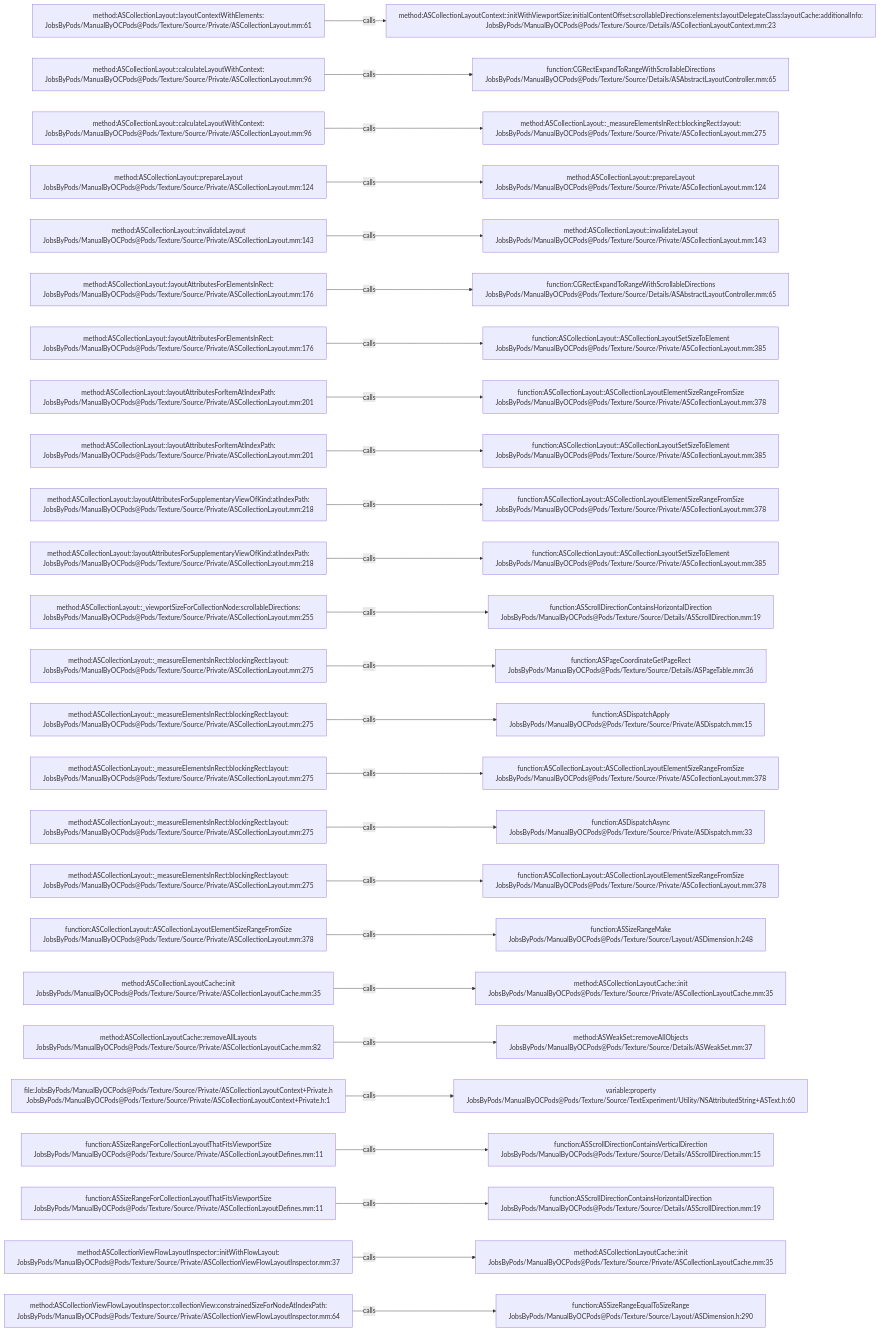
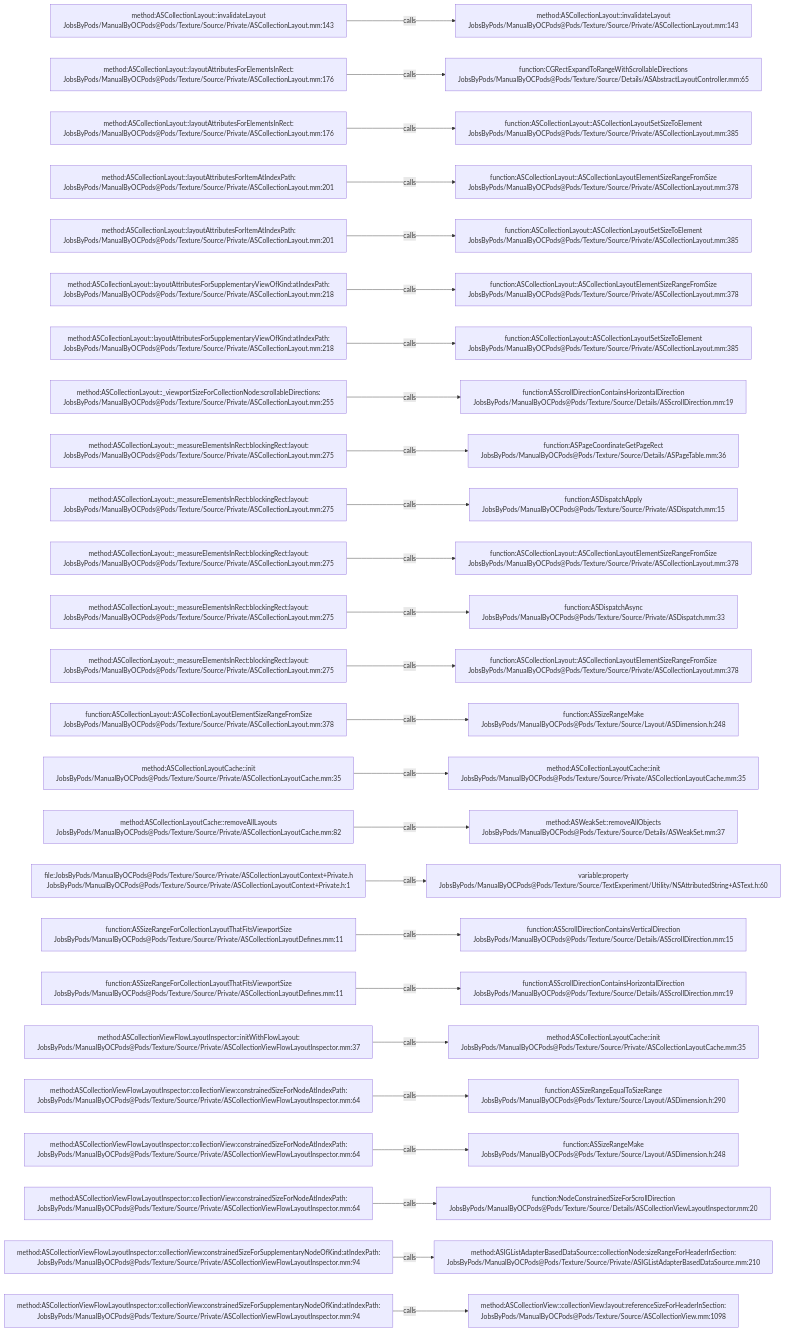
The diagram in .codegraph/codegraph.md/graphs/calls-183.md (JobsKits/JobsOCBaseConfigDemo), drawn with Mermaid before and after one commit. The commit also changed 727 other files, not shown here.

````diff
--- a/.codegraph/codegraph.md/graphs/calls-183.md
+++ b/.codegraph/codegraph.md/graphs/calls-183.md
@@ -13,78 +13,78 @@
 ```mermaid
 flowchart LR
-  S1["method:ASCollectionLayout::layoutContextWithElements:<br/>JobsByPods/ManualByOCPods@Pods/Texture/Source/Private/ASCollectionLayout.mm:61"]
-  T1["method:ASCollectionLayoutContext::initWithViewportSize:initialContentOffset:scrollableDirections:elements:layoutDelegateClass:layoutCache:additionalInfo:<br/>JobsByPods/ManualByOCPods@Pods/Texture/Source/Details/ASCollectionLayoutContext.mm:23"]
+  S1["method:ASCollectionLayout::invalidateLayout<br/>JobsByPods/ManualByOCPods@Pods/Texture/Source/Private/ASCollectionLayout.mm:143"]
+  T1["method:ASCollectionLayout::invalidateLayout<br/>JobsByPods/ManualByOCPods@Pods/Texture/Source/Private/ASCollectionLayout.mm:143"]
   S1 -->|calls| T1
-  S2["method:ASCollectionLayout::calculateLayoutWithContext:<br/>JobsByPods/ManualByOCPods@Pods/Texture/Source/Private/ASCollectionLayout.mm:96"]
+  S2["method:ASCollectionLayout::layoutAttributesForElementsInRect:<br/>JobsByPods/ManualByOCPods@Pods/Texture/Source/Private/ASCollectionLayout.mm:176"]
   T2["function:CGRectExpandToRangeWithScrollableDirections<br/>JobsByPods/ManualByOCPods@Pods/Texture/Source/Details/ASAbstractLayoutController.mm:65"]
   S2 -->|calls| T2
-  S3["method:ASCollectionLayout::calculateLayoutWithContext:<br/>JobsByPods/ManualByOCPods@Pods/Texture/Source/Private/ASCollectionLayout.mm:96"]
-  T3["method:ASCollectionLayout::_measureElementsInRect:blockingRect:layout:<br/>JobsByPods/ManualByOCPods@Pods/Texture/Source/Private/ASCollectionLayout.mm:275"]
+  S3["method:ASCollectionLayout::layoutAttributesForElementsInRect:<br/>JobsByPods/ManualByOCPods@Pods/Texture/Source/Private/ASCollectionLayout.mm:176"]
+  T3["function:ASCollectionLayout::ASCollectionLayoutSetSizeToElement<br/>JobsByPods/ManualByOCPods@Pods/Texture/Source/Private/ASCollectionLayout.mm:385"]
   S3 -->|calls| T3
-  S4["method:ASCollectionLayout::prepareLayout<br/>JobsByPods/ManualByOCPods@Pods/Texture/Source/Private/ASCollectionLayout.mm:124"]
-  T4["method:ASCollectionLayout::prepareLayout<br/>JobsByPods/ManualByOCPods@Pods/Texture/Source/Private/ASCollectionLayout.mm:124"]
+  S4["method:ASCollectionLayout::layoutAttributesForItemAtIndexPath:<br/>JobsByPods/ManualByOCPods@Pods/Texture/Source/Private/ASCollectionLayout.mm:201"]
+  T4["function:ASCollectionLayout::ASCollectionLayoutElementSizeRangeFromSize<br/>JobsByPods/ManualByOCPods@Pods/Texture/Source/Private/ASCollectionLayout.mm:378"]
   S4 -->|calls| T4
-  S5["method:ASCollectionLayout::invalidateLayout<br/>JobsByPods/ManualByOCPods@Pods/Texture/Source/Private/ASCollectionLayout.mm:143"]
-  T5["method:ASCollectionLayout::invalidateLayout<br/>JobsByPods/ManualByOCPods@Pods/Texture/Source/Private/ASCollectionLayout.mm:143"]
+  S5["method:ASCollectionLayout::layoutAttributesForItemAtIndexPath:<br/>JobsByPods/ManualByOCPods@Pods/Texture/Source/Private/ASCollectionLayout.mm:201"]
+  T5["function:ASCollectionLayout::ASCollectionLayoutSetSizeToElement<br/>JobsByPods/ManualByOCPods@Pods/Texture/Source/Private/ASCollectionLayout.mm:385"]
   S5 -->|calls| T5
-  S6["method:ASCollectionLayout::layoutAttributesForElementsInRect:<br/>JobsByPods/ManualByOCPods@Pods/Texture/Source/Private/ASCollectionLayout.mm:176"]
-  T6["function:CGRectExpandToRangeWithScrollableDirections<br/>JobsByPods/ManualByOCPods@Pods/Texture/Source/Details/ASAbstractLayoutController.mm:65"]
+  S6["method:ASCollectionLayout::layoutAttributesForSupplementaryViewOfKind:atIndexPath:<br/>JobsByPods/ManualByOCPods@Pods/Texture/Source/Private/ASCollectionLayout.mm:218"]
+  T6["function:ASCollectionLayout::ASCollectionLayoutElementSizeRangeFromSize<br/>JobsByPods/ManualByOCPods@Pods/Texture/Source/Private/ASCollectionLayout.mm:378"]
   S6 -->|calls| T6
-  S7["method:ASCollectionLayout::layoutAttributesForElementsInRect:<br/>JobsByPods/ManualByOCPods@Pods/Texture/Source/Private/ASCollectionLayout.mm:176"]
+  S7["method:ASCollectionLayout::layoutAttributesForSupplementaryViewOfKind:atIndexPath:<br/>JobsByPods/ManualByOCPods@Pods/Texture/Source/Private/ASCollectionLayout.mm:218"]
   T7["function:ASCollectionLayout::ASCollectionLayoutSetSizeToElement<br/>JobsByPods/ManualByOCPods@Pods/Texture/Source/Private/ASCollectionLayout.mm:385"]
   S7 -->|calls| T7
-  S8["method:ASCollectionLayout::layoutAttributesForItemAtIndexPath:<br/>JobsByPods/ManualByOCPods@Pods/Texture/Source/Private/ASCollectionLayout.mm:201"]
-  T8["function:ASCollectionLayout::ASCollectionLayoutElementSizeRangeFromSize<br/>JobsByPods/ManualByOCPods@Pods/Texture/Source/Private/ASCollectionLayout.mm:378"]
+  S8["method:ASCollectionLayout::_viewportSizeForCollectionNode:scrollableDirections:<br/>JobsByPods/ManualByOCPods@Pods/Texture/Source/Private/ASCollectionLayout.mm:255"]
+  T8["function:ASScrollDirectionContainsHorizontalDirection<br/>JobsByPods/ManualByOCPods@Pods/Texture/Source/Details/ASScrollDirection.mm:19"]
   S8 -->|calls| T8
-  S9["method:ASCollectionLayout::layoutAttributesForItemAtIndexPath:<br/>JobsByPods/ManualByOCPods@Pods/Texture/Source/Private/ASCollectionLayout.mm:201"]
-  T9["function:ASCollectionLayout::ASCollectionLayoutSetSizeToElement<br/>JobsByPods/ManualByOCPods@Pods/Texture/Source/Private/ASCollectionLayout.mm:385"]
+  S9["method:ASCollectionLayout::_measureElementsInRect:blockingRect:layout:<br/>JobsByPods/ManualByOCPods@Pods/Texture/Source/Private/ASCollectionLayout.mm:275"]
+  T9["function:ASPageCoordinateGetPageRect<br/>JobsByPods/ManualByOCPods@Pods/Texture/Source/Details/ASPageTable.mm:36"]
   S9 -->|calls| T9
-  S10["method:ASCollectionLayout::layoutAttributesForSupplementaryViewOfKind:atIndexPath:<br/>JobsByPods/ManualByOCPods@Pods/Texture/Source/Private/ASCollectionLayout.mm:218"]
-  T10["function:ASCollectionLayout::ASCollectionLayoutElementSizeRangeFromSize<br/>JobsByPods/ManualByOCPods@Pods/Texture/Source/Private/ASCollectionLayout.mm:378"]
+  S10["method:ASCollectionLayout::_measureElementsInRect:blockingRect:layout:<br/>JobsByPods/ManualByOCPods@Pods/Texture/Source/Private/ASCollectionLayout.mm:275"]
+  T10["function:ASDispatchApply<br/>JobsByPods/ManualByOCPods@Pods/Texture/Source/Private/ASDispatch.mm:15"]
   S10 -->|calls| T10
-  S11["method:ASCollectionLayout::layoutAttributesForSupplementaryViewOfKind:atIndexPath:<br/>JobsByPods/ManualByOCPods@Pods/Texture/Source/Private/ASCollectionLayout.mm:218"]
-  T11["function:ASCollectionLayout::ASCollectionLayoutSetSizeToElement<br/>JobsByPods/ManualByOCPods@Pods/Texture/Source/Private/ASCollectionLayout.mm:385"]
+  S11["method:ASCollectionLayout::_measureElementsInRect:blockingRect:layout:<br/>JobsByPods/ManualByOCPods@Pods/Texture/Source/Private/ASCollectionLayout.mm:275"]
+  T11["function:ASCollectionLayout::ASCollectionLayoutElementSizeRangeFromSize<br/>JobsByPods/ManualByOCPods@Pods/Texture/Source/Private/ASCollectionLayout.mm:378"]
   S11 -->|calls| T11
-  S12["method:ASCollectionLayout::_viewportSizeForCollectionNode:scrollableDirections:<br/>JobsByPods/ManualByOCPods@Pods/Texture/Source/Private/ASCollectionLayout.mm:255"]
-  T12["function:ASScrollDirectionContainsHorizontalDirection<br/>JobsByPods/ManualByOCPods@Pods/Texture/Source/Details/ASScrollDirection.mm:19"]
+  S12["method:ASCollectionLayout::_measureElementsInRect:blockingRect:layout:<br/>JobsByPods/ManualByOCPods@Pods/Texture/Source/Private/ASCollectionLayout.mm:275"]
+  T12["function:ASDispatchAsync<br/>JobsByPods/ManualByOCPods@Pods/Texture/Source/Private/ASDispatch.mm:33"]
   S12 -->|calls| T12
   S13["method:ASCollectionLayout::_measureElementsInRect:blockingRect:layout:<br/>JobsByPods/ManualByOCPods@Pods/Texture/Source/Private/ASCollectionLayout.mm:275"]
-  T13["function:ASPageCoordinateGetPageRect<br/>JobsByPods/ManualByOCPods@Pods/Texture/Source/Details/ASPageTable.mm:36"]
+  T13["function:ASCollectionLayout::ASCollectionLayoutElementSizeRangeFromSize<br/>JobsByPods/ManualByOCPods@Pods/Texture/Source/Private/ASCollectionLayout.mm:378"]
   S13 -->|calls| T13
-  S14["method:ASCollectionLayout::_measureElementsInRect:blockingRect:layout:<br/>JobsByPods/ManualByOCPods@Pods/Texture/Source/Private/ASCollectionLayout.mm:275"]
-  T14["function:ASDispatchApply<br/>JobsByPods/ManualByOCPods@Pods/Texture/Source/Private/ASDispatch.mm:15"]
+  S14["function:ASCollectionLayout::ASCollectionLayoutElementSizeRangeFromSize<br/>JobsByPods/ManualByOCPods@Pods/Texture/Source/Private/ASCollectionLayout.mm:378"]
+  T14["function:ASSizeRangeMake<br/>JobsByPods/ManualByOCPods@Pods/Texture/Source/Layout/ASDimension.h:248"]
   S14 -->|calls| T14
-  S15["method:ASCollectionLayout::_measureElementsInRect:blockingRect:layout:<br/>JobsByPods/ManualByOCPods@Pods/Texture/Source/Private/ASCollectionLayout.mm:275"]
-  T15["function:ASCollectionLayout::ASCollectionLayoutElementSizeRangeFromSize<br/>JobsByPods/ManualByOCPods@Pods/Texture/Source/Private/ASCollectionLayout.mm:378"]
+  S15["method:ASCollectionLayoutCache::init<br/>JobsByPods/ManualByOCPods@Pods/Texture/Source/Private/ASCollectionLayoutCache.mm:35"]
+  T15["method:ASCollectionLayoutCache::init<br/>JobsByPods/ManualByOCPods@Pods/Texture/Source/Private/ASCollectionLayoutCache.mm:35"]
   S15 -->|calls| T15
-  S16["method:ASCollectionLayout::_measureElementsInRect:blockingRect:layout:<br/>JobsByPods/ManualByOCPods@Pods/Texture/Source/Private/ASCollectionLayout.mm:275"]
-  T16["function:ASDispatchAsync<br/>JobsByPods/ManualByOCPods@Pods/Texture/Source/Private/ASDispatch.mm:33"]
+  S16["method:ASCollectionLayoutCache::removeAllLayouts<br/>JobsByPods/ManualByOCPods@Pods/Texture/Source/Private/ASCollectionLayoutCache.mm:82"]
+  T16["method:ASWeakSet::removeAllObjects<br/>JobsByPods/ManualByOCPods@Pods/Texture/Source/Details/ASWeakSet.mm:37"]
   S16 -->|calls| T16
-  S17["method:ASCollectionLayout::_measureElementsInRect:blockingRect:layout:<br/>JobsByPods/ManualByOCPods@Pods/Texture/Source/Private/ASCollectionLayout.mm:275"]
-  T17["function:ASCollectionLayout::ASCollectionLayoutElementSizeRangeFromSize<br/>JobsByPods/ManualByOCPods@Pods/Texture/Source/Private/ASCollectionLayout.mm:378"]
+  S17["file:JobsByPods/ManualByOCPods@Pods/Texture/Source/Private/ASCollectionLayoutContext+Private.h<br/>JobsByPods/ManualByOCPods@Pods/Texture/Source/Private/ASCollectionLayoutContext+Private.h:1"]
+  T17["variable:property<br/>JobsByPods/ManualByOCPods@Pods/Texture/Source/TextExperiment/Utility/NSAttributedString+ASText.h:60"]
   S17 -->|calls| T17
-  S18["function:ASCollectionLayout::ASCollectionLayoutElementSizeRangeFromSize<br/>JobsByPods/ManualByOCPods@Pods/Texture/Source/Private/ASCollectionLayout.mm:378"]
-  T18["function:ASSizeRangeMake<br/>JobsByPods/ManualByOCPods@Pods/Texture/Source/Layout/ASDimension.h:248"]
+  S18["function:ASSizeRangeForCollectionLayoutThatFitsViewportSize<br/>JobsByPods/ManualByOCPods@Pods/Texture/Source/Private/ASCollectionLayoutDefines.mm:11"]
+  T18["function:ASScrollDirectionContainsVerticalDirection<br/>JobsByPods/ManualByOCPods@Pods/Texture/Source/Details/ASScrollDirection.mm:15"]
   S18 -->|calls| T18
-  S19["method:ASCollectionLayoutCache::init<br/>JobsByPods/ManualByOCPods@Pods/Texture/Source/Private/ASCollectionLayoutCache.mm:35"]
-  T19["method:ASCollectionLayoutCache::init<br/>JobsByPods/ManualByOCPods@Pods/Texture/Source/Private/ASCollectionLayoutCache.mm:35"]
+  S19["function:ASSizeRangeForCollectionLayoutThatFitsViewportSize<br/>JobsByPods/ManualByOCPods@Pods/Texture/Source/Private/ASCollectionLayoutDefines.mm:11"]
+  T19["function:ASScrollDirectionContainsHorizontalDirection<br/>JobsByPods/ManualByOCPods@Pods/Texture/Source/Details/ASScrollDirection.mm:19"]
   S19 -->|calls| T19
-  S20["method:ASCollectionLayoutCache::removeAllLayouts<br/>JobsByPods/ManualByOCPods@Pods/Texture/Source/Private/ASCollectionLayoutCache.mm:82"]
-  T20["method:ASWeakSet::removeAllObjects<br/>JobsByPods/ManualByOCPods@Pods/Texture/Source/Details/ASWeakSet.mm:37"]
+  S20["method:ASCollectionViewFlowLayoutInspector::initWithFlowLayout:<br/>JobsByPods/ManualByOCPods@Pods/Texture/Source/Private/ASCollectionViewFlowLayoutInspector.mm:37"]
+  T20["method:ASCollectionLayoutCache::init<br/>JobsByPods/ManualByOCPods@Pods/Texture/Source/Private/ASCollectionLayoutCache.mm:35"]
   S20 -->|calls| T20
-  S21["file:JobsByPods/ManualByOCPods@Pods/Texture/Source/Private/ASCollectionLayoutContext+Private.h<br/>JobsByPods/ManualByOCPods@Pods/Texture/Source/Private/ASCollectionLayoutContext+Private.h:1"]
-  T21["variable:property<br/>JobsByPods/ManualByOCPods@Pods/Texture/Source/TextExperiment/Utility/NSAttributedString+ASText.h:60"]
+  S21["method:ASCollectionViewFlowLayoutInspector::collectionView:constrainedSizeForNodeAtIndexPath:<br/>JobsByPods/ManualByOCPods@Pods/Texture/Source/Private/ASCollectionViewFlowLayoutInspector.mm:64"]
+  T21["function:ASSizeRangeEqualToSizeRange<br/>JobsByPods/ManualByOCPods@Pods/Texture/Source/Layout/ASDimension.h:290"]
   S21 -->|calls| T21
-  S22["function:ASSizeRangeForCollectionLayoutThatFitsViewportSize<br/>JobsByPods/ManualByOCPods@Pods/Texture/Source/Private/ASCollectionLayoutDefines.mm:11"]
-  T22["function:ASScrollDirectionContainsVerticalDirection<br/>JobsByPods/ManualByOCPods@Pods/Texture/Source/Details/ASScrollDirection.mm:15"]
+  S22["method:ASCollectionViewFlowLayoutInspector::collectionView:constrainedSizeForNodeAtIndexPath:<br/>JobsByPods/ManualByOCPods@Pods/Texture/Source/Private/ASCollectionViewFlowLayoutInspector.mm:64"]
+  T22["function:ASSizeRangeMake<br/>JobsByPods/ManualByOCPods@Pods/Texture/Source/Layout/ASDimension.h:248"]
   S22 -->|calls| T22
-  S23["function:ASSizeRangeForCollectionLayoutThatFitsViewportSize<br/>JobsByPods/ManualByOCPods@Pods/Texture/Source/Private/ASCollectionLayoutDefines.mm:11"]
-  T23["function:ASScrollDirectionContainsHorizontalDirection<br/>JobsByPods/ManualByOCPods@Pods/Texture/Source/Details/ASScrollDirection.mm:19"]
+  S23["method:ASCollectionViewFlowLayoutInspector::collectionView:constrainedSizeForNodeAtIndexPath:<br/>JobsByPods/ManualByOCPods@Pods/Texture/Source/Private/ASCollectionViewFlowLayoutInspector.mm:64"]
+  T23["function:NodeConstrainedSizeForScrollDirection<br/>JobsByPods/ManualByOCPods@Pods/Texture/Source/Details/ASCollectionViewLayoutInspector.mm:20"]
   S23 -->|calls| T23
-  S24["method:ASCollectionViewFlowLayoutInspector::initWithFlowLayout:<br/>JobsByPods/ManualByOCPods@Pods/Texture/Source/Private/ASCollectionViewFlowLayoutInspector.mm:37"]
-  T24["method:ASCollectionLayoutCache::init<br/>JobsByPods/ManualByOCPods@Pods/Texture/Source/Private/ASCollectionLayoutCache.mm:35"]
+  S24["method:ASCollectionViewFlowLayoutInspector::collectionView:constrainedSizeForSupplementaryNodeOfKind:atIndexPath:<br/>JobsByPods/ManualByOCPods@Pods/Texture/Source/Private/ASCollectionViewFlowLayoutInspector.mm:94"]
+  T24["method:ASIGListAdapterBasedDataSource::collectionNode:sizeRangeForHeaderInSection:<br/>JobsByPods/ManualByOCPods@Pods/Texture/Source/Private/ASIGListAdapterBasedDataSource.mm:210"]
   S24 -->|calls| T24
-  S25["method:ASCollectionViewFlowLayoutInspector::collectionView:constrainedSizeForNodeAtIndexPath:<br/>JobsByPods/ManualByOCPods@Pods/Texture/Source/Private/ASCollectionViewFlowLayoutInspector.mm:64"]
-  T25["function:ASSizeRangeEqualToSizeRange<br/>JobsByPods/ManualByOCPods@Pods/Texture/Source/Layout/ASDimension.h:290"]
+  S25["method:ASCollectionViewFlowLayoutInspector::collectionView:constrainedSizeForSupplementaryNodeOfKind:atIndexPath:<br/>JobsByPods/ManualByOCPods@Pods/Texture/Source/Private/ASCollectionViewFlowLayoutInspector.mm:94"]
+  T25["method:ASCollectionView::collectionView:layout:referenceSizeForHeaderInSection:<br/>JobsByPods/ManualByOCPods@Pods/Texture/Source/ASCollectionView.mm:1098"]
   S25 -->|calls| T25
 ```
````
